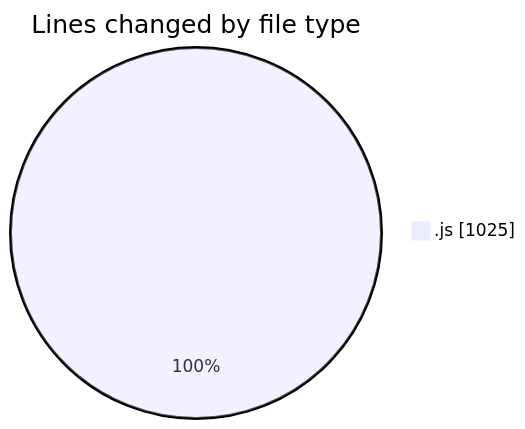
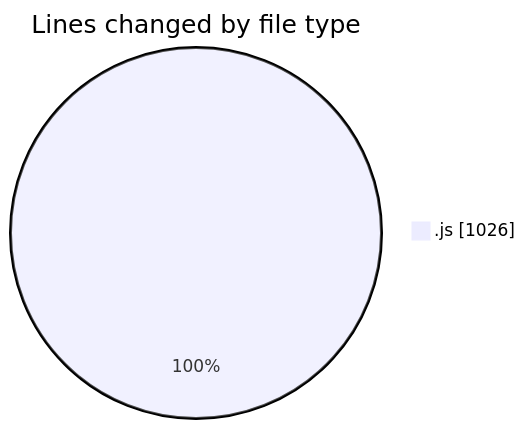
Before and after one commit to nxtqubesakshisongat/code-tracking: the first of 2 diagrams in 2025-09-01/nxtqube_webapp/README.md, drawn with Mermaid. The commit also changed other lines of this file and 1 other file, not shown here.

````diff
--- a/2025-09-01/nxtqube_webapp/README.md
+++ b/2025-09-01/nxtqube_webapp/README.md
@@ -20,5 +20,5 @@
 ```mermaid
 pie showData
 title Lines changed by file type
-".js" : 1025
+".js" : 1026
 ```
````
